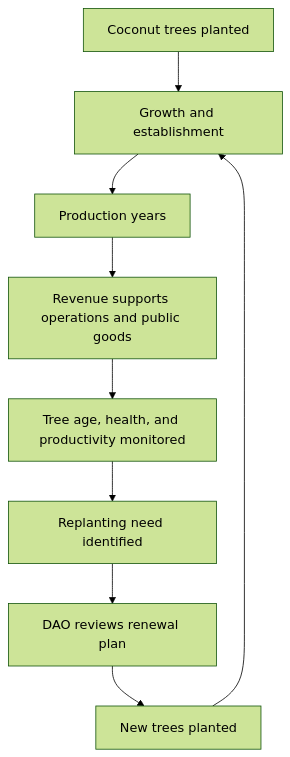
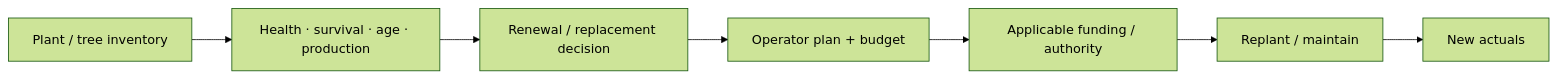
One commit to wasalo/Kokonut-Public-Site changed the second of 3 diagrams in kokonut-framework/development-phases/phase-iii.mdx. Above: the diagram before and after it, drawn with Mermaid (forest theme). The commit also changed other lines of this file, not shown here.

````diff
--- a/kokonut-framework/development-phases/phase-iii.mdx
+++ b/kokonut-framework/development-phases/phase-iii.mdx
@@ -215,11 +406,9 @@
 ```mermaid
-flowchart TD
-    A["Coconut trees planted"] --> B["Growth and establishment"]
-    B --> C["Production years"]
-    C --> D["Revenue supports operations and public goods"]
-    D --> E["Tree age, health, and productivity monitored"]
-    E --> F["Replanting need identified"]
-    F --> G["DAO reviews renewal plan"]
-    G --> H["New trees planted"]
-    H --> B
+flowchart LR
+    A["Plant / tree inventory"] --> B["Health · survival · age · production"]
+    B --> C["Renewal / replacement decision"]
+    C --> D["Operator plan + budget"]
+    D --> E["Applicable funding / authority"]
+    E --> F["Replant / maintain"]
+    F --> G["New actuals"]
 ```
````
